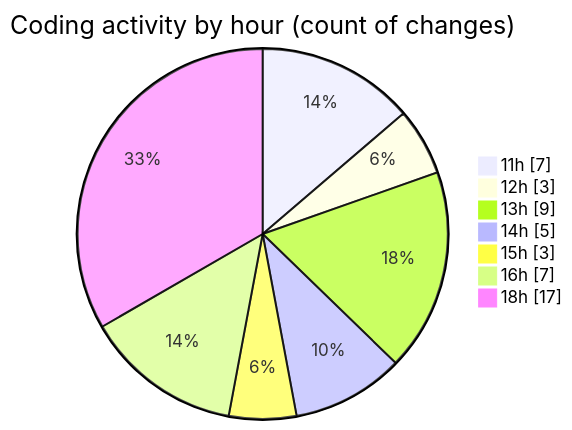
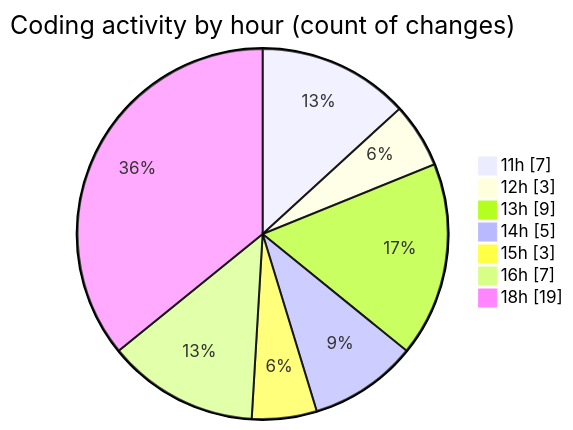
Before and after one commit to julien-gomy/code-tracking: the second of 2 diagrams in 2025-10-20/usr_aleoudev_fr__workspace_/README.md, drawn with Mermaid. The commit also changed other lines of this file and 1 other file, not shown here.

````diff
--- a/2025-10-20/usr_aleoudev_fr__workspace_/README.md
+++ b/2025-10-20/usr_aleoudev_fr__workspace_/README.md
@@ -34,11 +34,11 @@
 ```mermaid
 pie showData
 title Coding activity by hour (count of changes)
 "11h" : 7
 "12h" : 3
 "13h" : 9
 "14h" : 5
 "15h" : 3
 "16h" : 7
-"18h" : 17
+"18h" : 19
 ```
````
